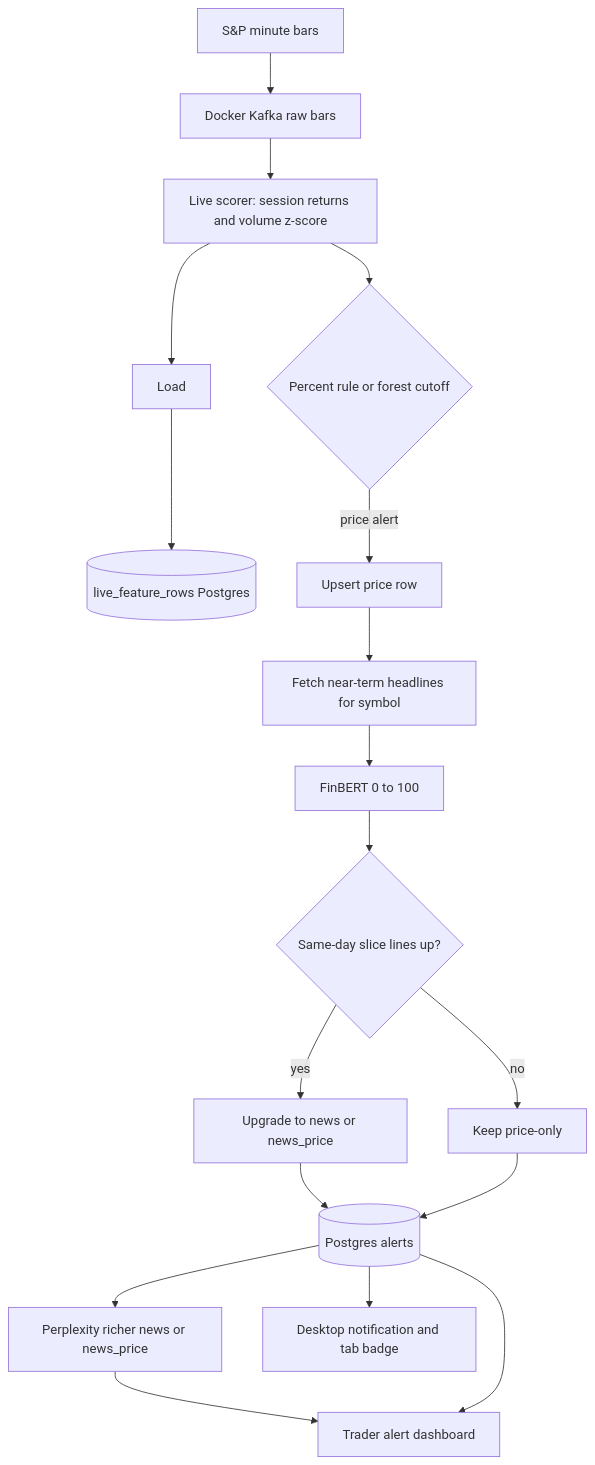
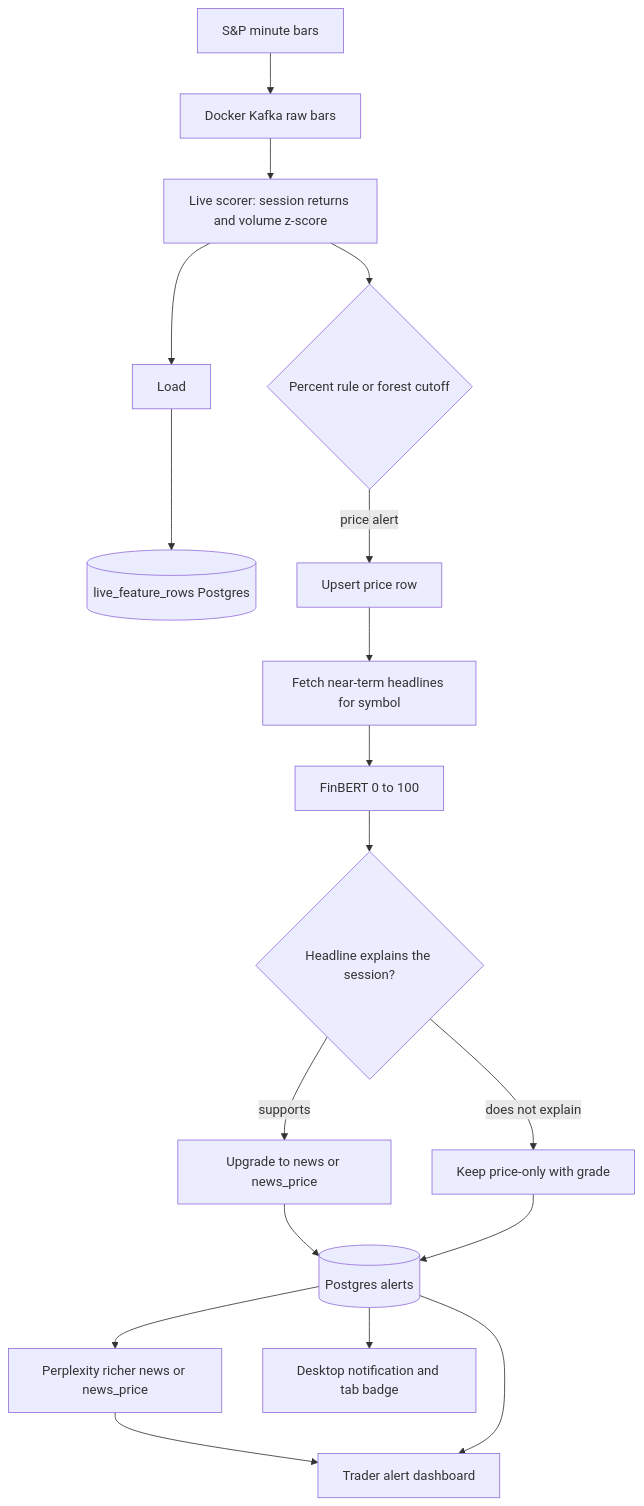
Before and after one commit to sameerde4/ticker-alert-system: the ninth of 10 diagrams in docs/architecture.md, drawn with Mermaid. The commit also changed other lines of this file and 5 other files, not shown here.

First line of the commit message:
Frame docs as S&P 500 monitoring with same-day headline grades.

````diff
--- a/docs/architecture.md
+++ b/docs/architecture.md
@@ -435,20 +435,20 @@
 ```mermaid
 flowchart TD
     MKT[S&P minute bars] --> KT[Docker Kafka raw bars]
     KT --> SCORE[Live scorer: session returns and volume z-score]
     SCORE --> GATE{Percent rule or forest cutoff}
     SCORE --> LOADT[Load]
     LOADT --> FEATSTORE[(live_feature_rows Postgres)]
     GATE -->|price alert| PRICE[Upsert price row]
     PRICE --> NEWSLOOK[Fetch near-term headlines for symbol]
     NEWSLOOK --> FINBERT[FinBERT 0 to 100]
-    FINBERT --> SLICE{Same-day slice lines up?}
-    SLICE -->|yes| UPGRADE[Upgrade to news or news_price]
-    SLICE -->|no| KEEP[Keep price-only]
+    FINBERT --> SLICE{Headline explains the session?}
+    SLICE -->|supports| UPGRADE[Upgrade to news or news_price]
+    SLICE -->|does not explain| KEEP[Keep price-only with grade]
     UPGRADE --> PG[(Postgres alerts)]
     KEEP --> PG
     PG --> PPLX[Perplexity richer news or news_price]
     PPLX --> DASH[Trader alert dashboard]
     PG --> DASH
     PG --> NOTIFY[Desktop notification and tab badge]
 ```
````
